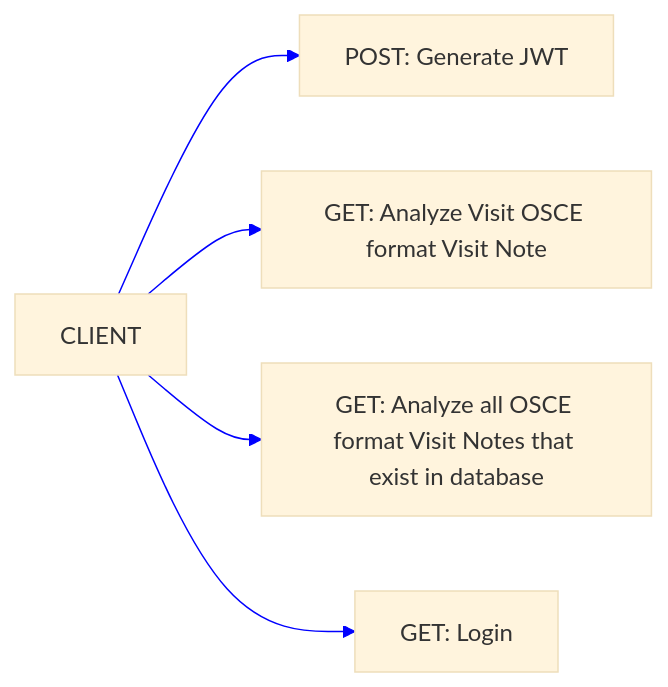
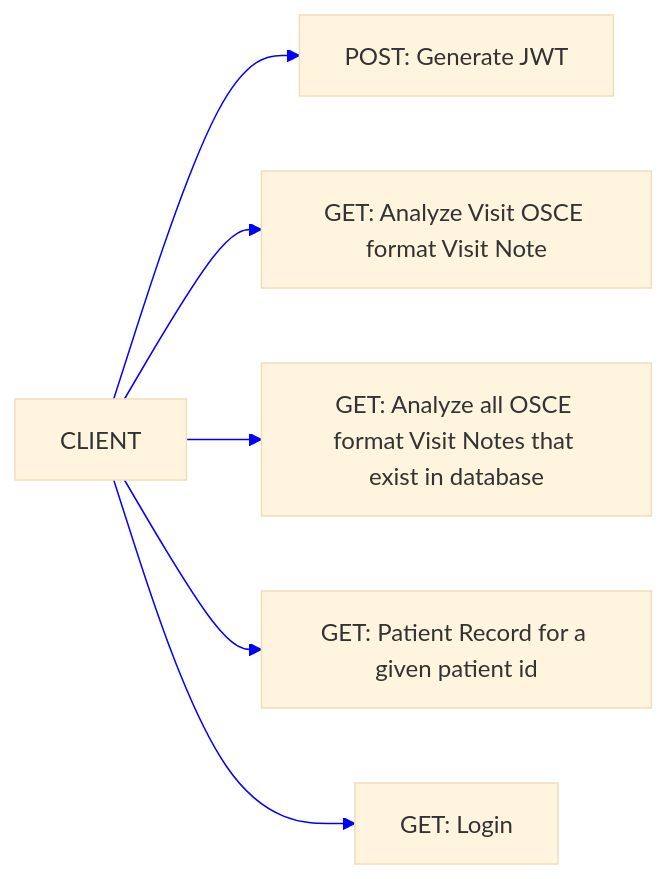
One commit to ovaisq/LLM-MedBillingForecast changed the third of 3 diagrams in README.md. Above: the diagram before and after it, drawn with Mermaid. The commit also changed other lines of this file and 2 other files, not shown here.

````diff
--- a/README.md
+++ b/README.md
@@ -159,12 +263,14 @@
 ```mermaid
 %%{init: {'theme': 'base', 'themeVariables': {'lineColor': 'Blue'}}}%%
 graph LR
     sub["/login"] --> sub1
     sub["/analyze_visit_note"] --> sub2
     sub["/analyze_visit_notes"] --> sub3
+    sub["/get_patient"] --> sub4
     sub["CLIENT"] --> sub0
     sub0["GET: Login"]
     sub1["POST: Generate JWT"]
     sub2["GET: Analyze Visit OSCE format Visit Note"]
     sub3["GET: Analyze all OSCE format Visit Notes that exist in database"]
+    sub4["GET: Patient Record for a given patient id"]
 ```
````
